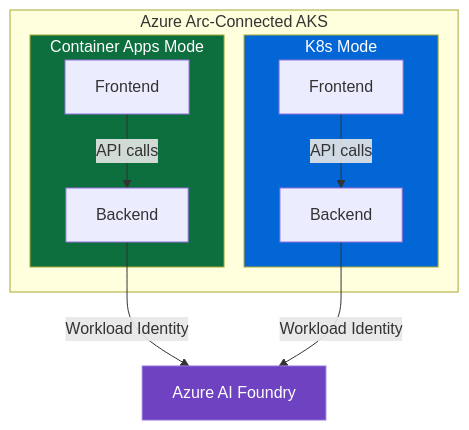
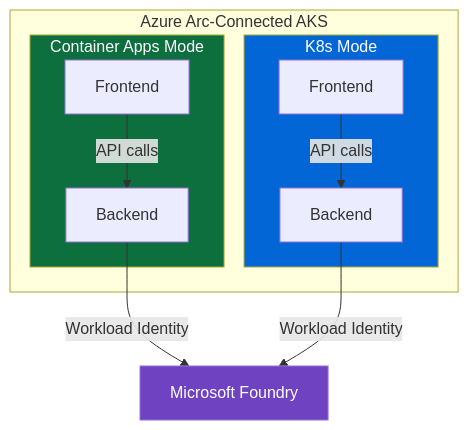
Before and after one commit to Azure-Samples/foundry-azure-local-chat: the first of 7 diagrams in docs/src/3-development/deployment.md, drawn with Mermaid. The commit also changed other lines of this file and 62 other files, not shown here.

````diff
--- a/docs/src/3-development/deployment.md
+++ b/docs/src/3-development/deployment.md
@@ -13,22 +13,22 @@
 ```mermaid
 graph TB
     subgraph Arc["Azure Arc-Connected AKS"]
         subgraph CA["Container Apps Mode"]
             CA_FE["Frontend"]
             CA_BE["Backend"]
         end
         subgraph K8S["K8s Mode"]
             K8_FE["Frontend"]
             K8_BE["Backend"]
         end
     end
 
     CA_FE -->|API calls| CA_BE
     K8_FE -->|API calls| K8_BE
-    CA_BE -->|Workload Identity| AI["Azure AI Foundry"]
+    CA_BE -->|Workload Identity| AI["Microsoft Foundry"]
     K8_BE -->|Workload Identity| AI
 
     style CA fill:#0d6e3e,color:#fff
     style K8S fill:#0366d6,color:#fff
     style AI fill:#6f42c1,color:#fff
 ```
````
